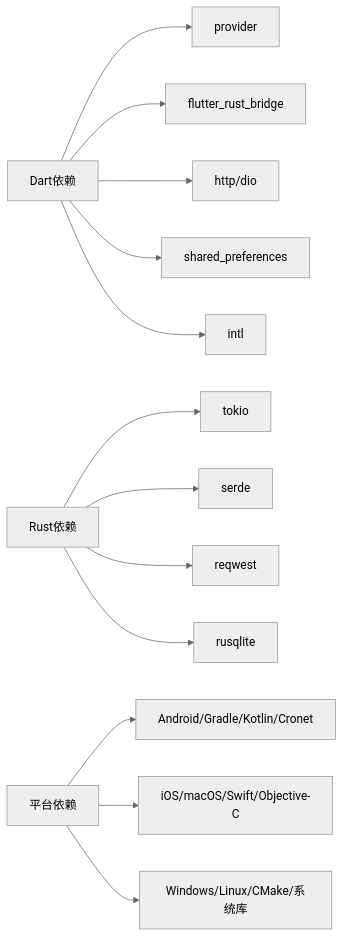
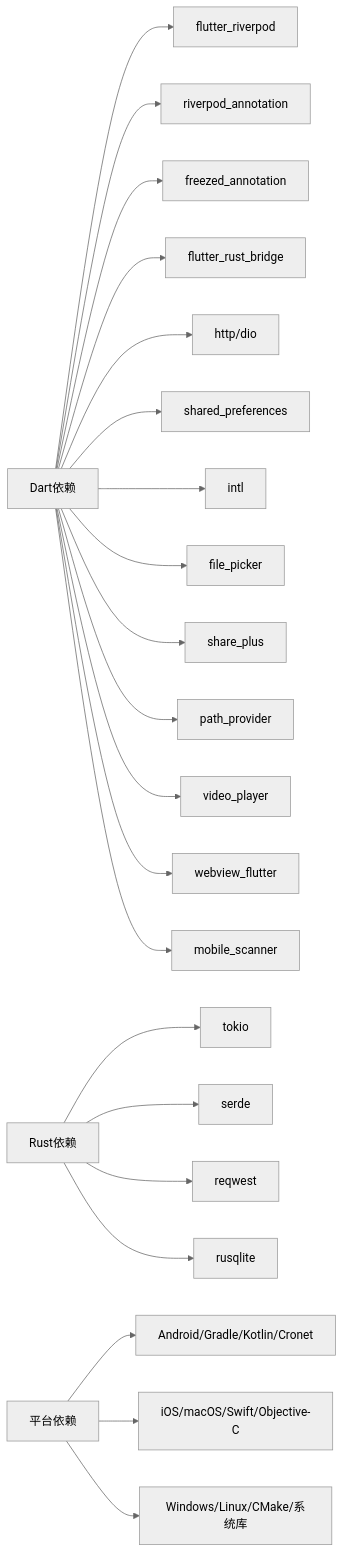
One commit to ZhangGHGitHub/LegadoTeamFlutter changed the ninth of 9 diagrams in .qoder/repowiki/zh/content/Flutter跨平台应用/Flutter跨平台应用.md. Above: the diagram before and after it, drawn with Mermaid (neutral theme). The commit also changed other lines of this file and 173 other files, not shown here.

````diff
--- a/.qoder/repowiki/zh/content/Flutter跨平台应用/Flutter跨平台应用.md
+++ b/.qoder/repowiki/zh/content/Flutter跨平台应用/Flutter跨平台应用.md
@@ -427,15 +548,23 @@
 ```mermaid
 graph LR
-Dart["Dart依赖"] --> Provider["provider"]
+Dart["Dart依赖"] --> Riverpod["flutter_riverpod"]
+Dart --> Annotation["riverpod_annotation"]
+Dart --> Freezed["freezed_annotation"]
 Dart --> FRB["flutter_rust_bridge"]
 Dart --> Http["http/dio"]
 Dart --> Pref["shared_preferences"]
 Dart --> Intl["intl"]
+Dart --> FilePicker["file_picker"]
+Dart --> SharePlus["share_plus"]
+Dart --> PathProvider["path_provider"]
+Dart --> VideoPlayer["video_player"]
+Dart --> WebView["webview_flutter"]
+Dart --> Scanner["mobile_scanner"]
 Rust["Rust依赖"] --> Tokio["tokio"]
 Rust --> Serde["serde"]
 Rust --> Reqwest["reqwest"]
 Rust --> Sqlite["rusqlite"]
 Platform["平台依赖"] --> Android["Android/Gradle/Kotlin/Cronet"]
 Platform --> IOS["iOS/macOS/Swift/Objective-C"]
 Platform --> WinLin["Windows/Linux/CMake/系统库"]
 ```
````
